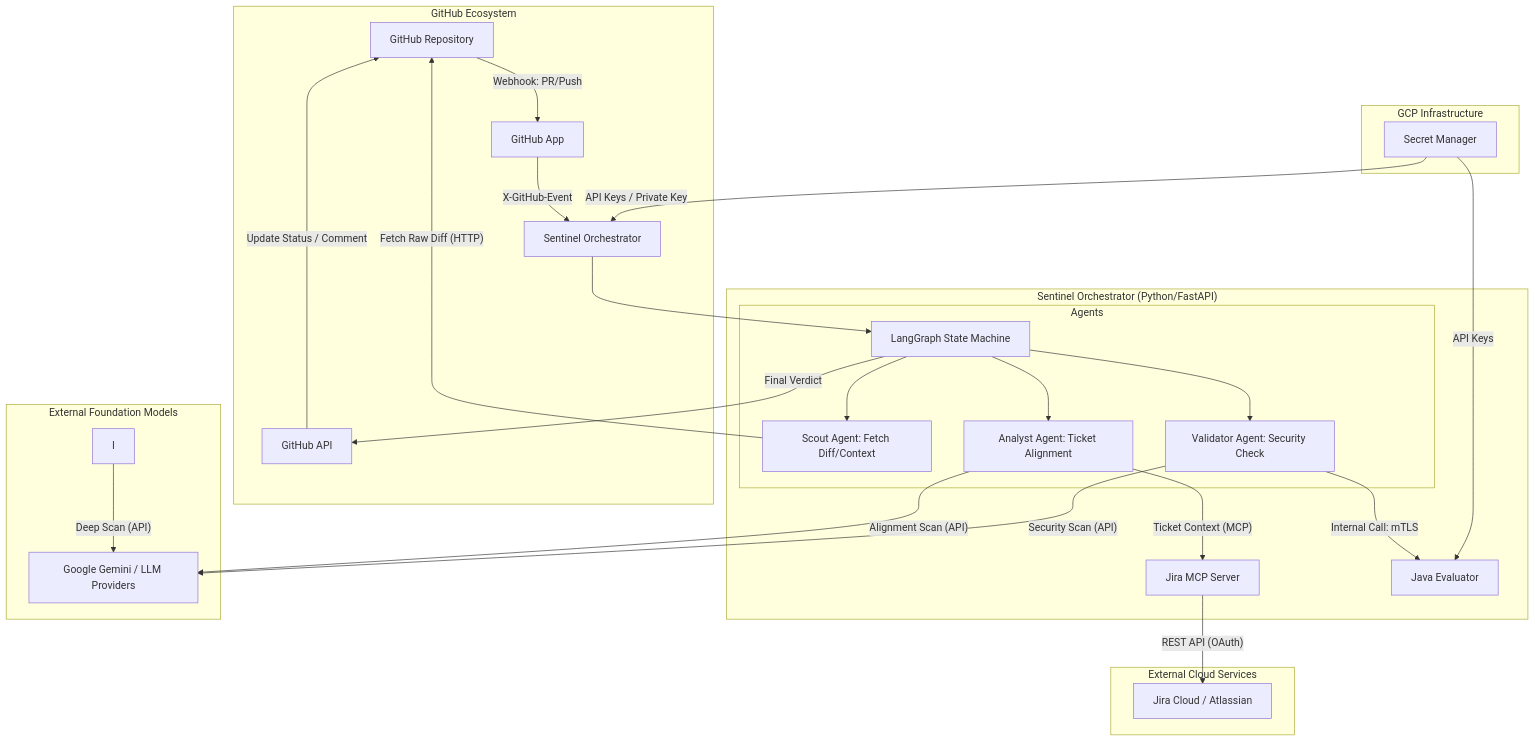
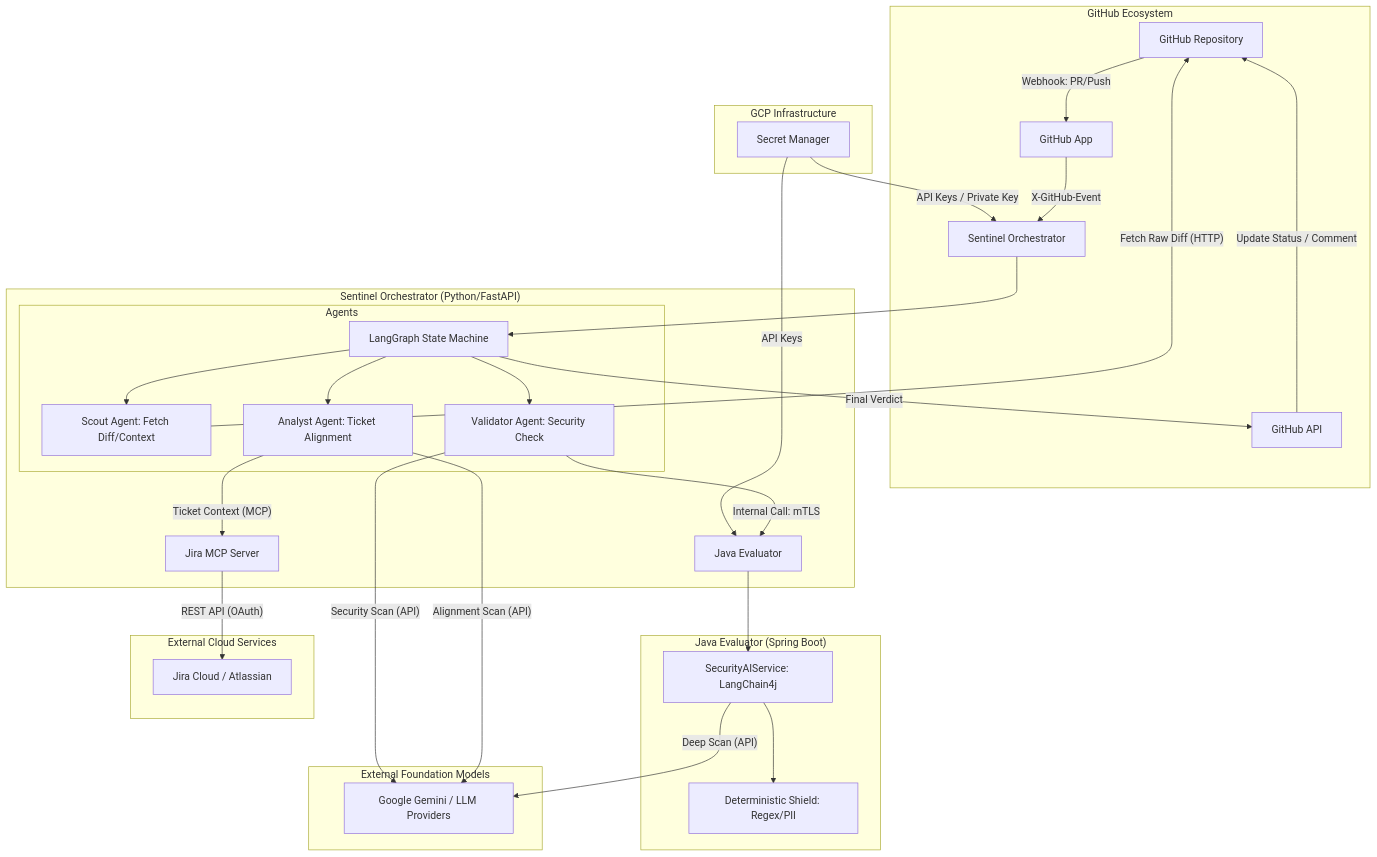
Before and after one commit to tbrom/pr-compliance-agent: the diagram in README.md, drawn with Mermaid.

Commit message:
docs: Restore missing Java Evaluator block in diagram

````diff
--- a/README.md
+++ b/README.md
@@ -11,36 +11,41 @@
 ```mermaid
 graph TB
     subgraph "GitHub Ecosystem"
         A[GitHub Repository] -- Webhook: PR/Push --> B[GitHub App]
         B -- X-GitHub-Event --> C[Sentinel Orchestrator]
         K[GitHub API] -- Update Status / Comment --> A
     end
 
     subgraph "Sentinel Orchestrator (Python/FastAPI)"
         C --> D[LangGraph State Machine]
         subgraph "Agents"
             D --> E[Scout Agent: Fetch Diff/Context]
             D --> F[Analyst Agent: Ticket Alignment]
             D --> G[Validator Agent: Security Check]
         end
         E -- Fetch Raw Diff (HTTP) --> A
         F -- Ticket Context (MCP) --> N[Jira MCP Server]
         G -- Internal Call: mTLS --> H[Java Evaluator]
         D -- Final Verdict --> K
     end
 
+    subgraph "Java Evaluator (Spring Boot)"
+        H --> I[SecurityAIService: LangChain4j]
+        I --> J[Deterministic Shield: Regex/PII]
+    end
+
     subgraph "External Foundation Models"
         F -- Alignment Scan (API) --> L[Google Gemini / LLM Providers]
         G -- Security Scan (API) --> L
         I -- Deep Scan (API) --> L
     end
 
     subgraph "External Cloud Services"
         N -- REST API (OAuth) --> O[Jira Cloud / Atlassian]
     end
 
     subgraph "GCP Infrastructure"
         M[Secret Manager] -- API Keys / Private Key --> C
         M -- API Keys --> H
     end
 ```
````
